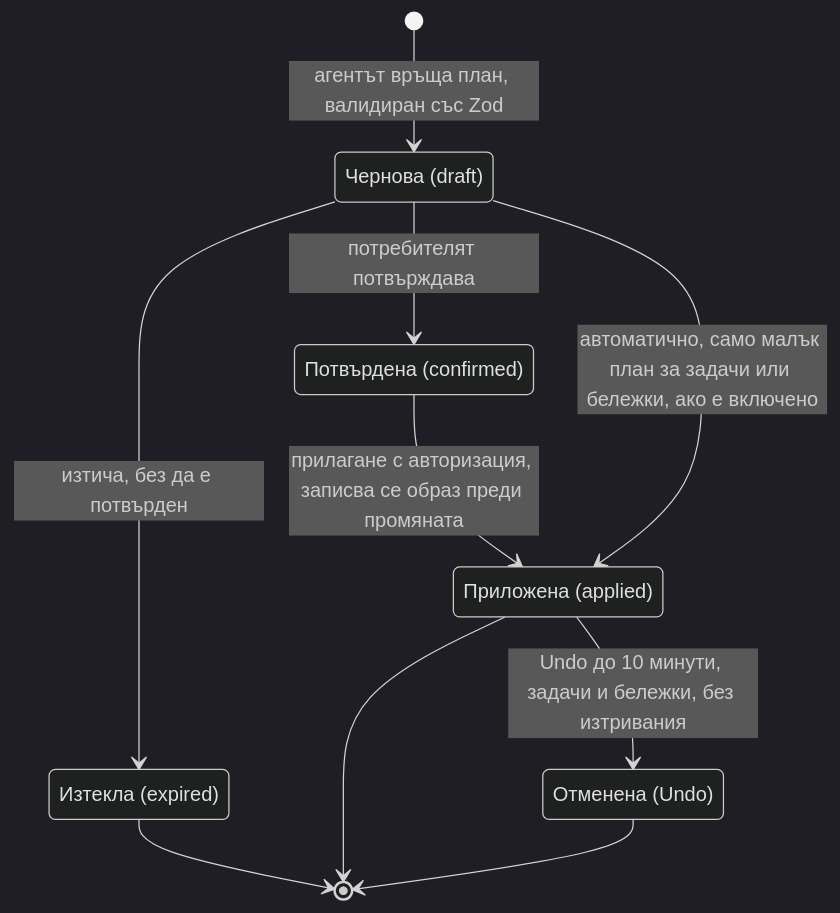
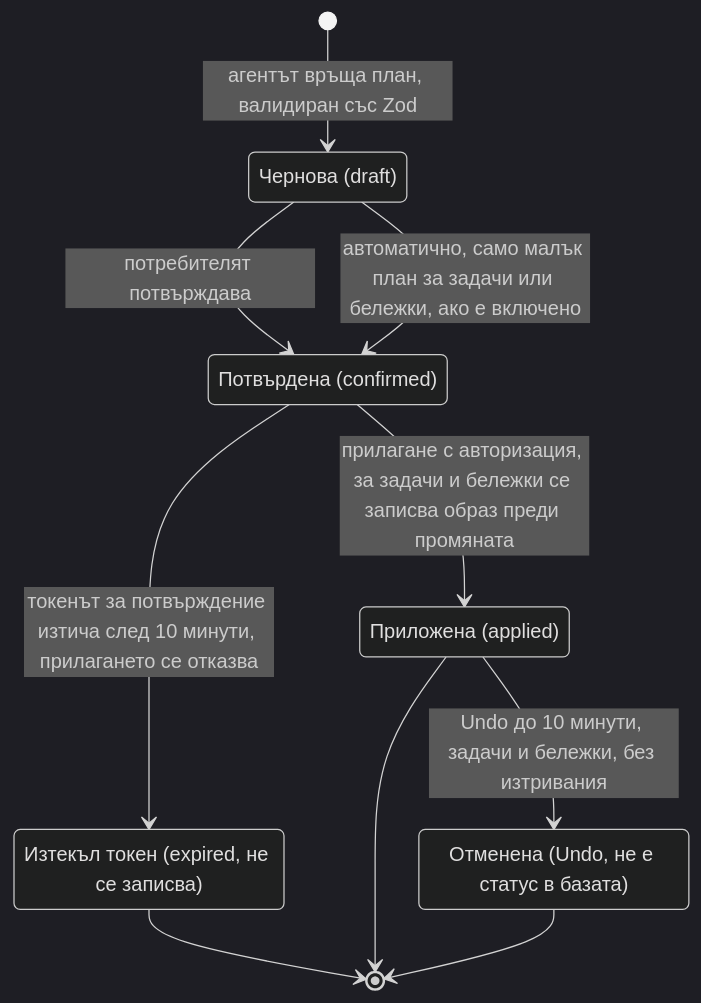
Before and after one commit to tuncheva/KAIROS: the eighth of 19 diagrams in docs/diploma/diagrams/GALLERY.md, drawn with Mermaid (dark theme). The commit also changed other lines of this file and 68 other files, not shown here.

First line of the commit message:
fix(thesis): replace Word-drawn figures; apply approved diagram changes

````diff
--- a/docs/diploma/diagrams/GALLERY.md
+++ b/docs/diploma/diagrams/GALLERY.md
@@ -250,19 +257,19 @@
 ```mermaid
 %% Фигура 8 и 18 – Жизнен цикъл на плана (статуси от src/server/db/schemas/enums.ts)
 stateDiagram-v2
   direction TB
   [*] --> draft: агентът връща план, валидиран със Zod
   draft --> confirmed: потребителят потвърждава
-  draft --> expired: изтича, без да е потвърден
-  confirmed --> applied: прилагане с авторизация, записва се образ преди промяната
-  draft --> applied: автоматично, само малък план за задачи или бележки, ако е включено
+  confirmed --> expired: токенът за потвърждение изтича след 10 минути, прилагането се отказва
+  confirmed --> applied: прилагане с авторизация, за задачи и бележки се записва образ преди промяната
+  draft --> confirmed: автоматично, само малък план за задачи или бележки, ако е включено
   applied --> undone: Undo до 10 минути, задачи и бележки, без изтривания
   expired --> [*]
   applied --> [*]
   undone --> [*]
   state "Чернова (draft)" as draft
   state "Потвърдена (confirmed)" as confirmed
-  state "Изтекла (expired)" as expired
+  state "Изтекъл токен (expired, не се записва)" as expired
   state "Приложена (applied)" as applied
-  state "Отменена (Undo)" as undone
+  state "Отменена (Undo, не е статус в базата)" as undone
 ```
````
